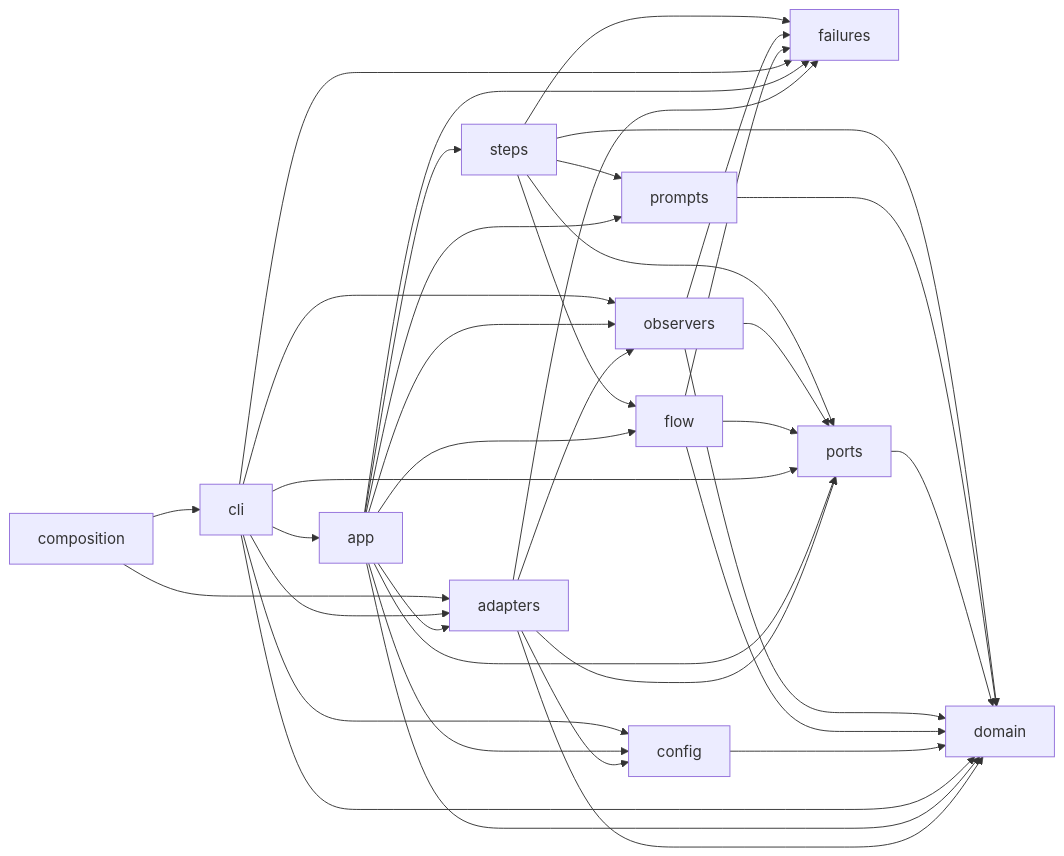
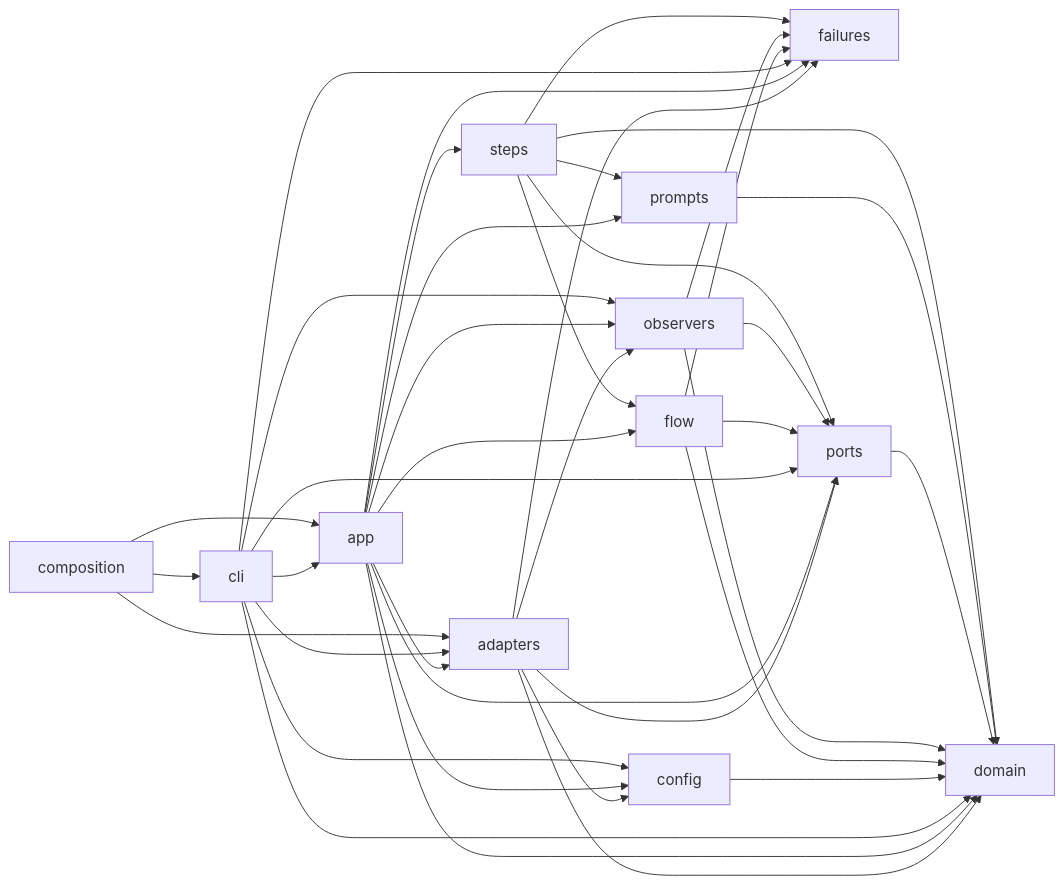
The second of 2 diagrams in docs/workflow-ownership.md (ygrishajev/jig), drawn with Mermaid before and after one commit. The commit also changed other lines of this file and 27 other files, not shown here.

````diff
--- a/docs/workflow-ownership.md
+++ b/docs/workflow-ownership.md
@@ -276,40 +276,41 @@
 ```mermaid
 flowchart LR
   adapters --> config
   adapters --> domain
   adapters --> failures
   adapters --> observers
   adapters --> ports
   app --> adapters
   app --> config
   app --> domain
   app --> failures
   app --> flow
   app --> observers
   app --> ports
   app --> prompts
   app --> steps
   cli --> adapters
   cli --> app
   cli --> config
   cli --> domain
   cli --> failures
   cli --> observers
   cli --> ports
   composition --> adapters
+  composition --> app
   composition --> cli
   config --> domain
   flow --> domain
   flow --> failures
   flow --> ports
   observers --> domain
   observers --> failures
   observers --> ports
   ports --> domain
   prompts --> domain
   steps --> domain
   steps --> failures
   steps --> flow
   steps --> ports
   steps --> prompts
 ```
````
